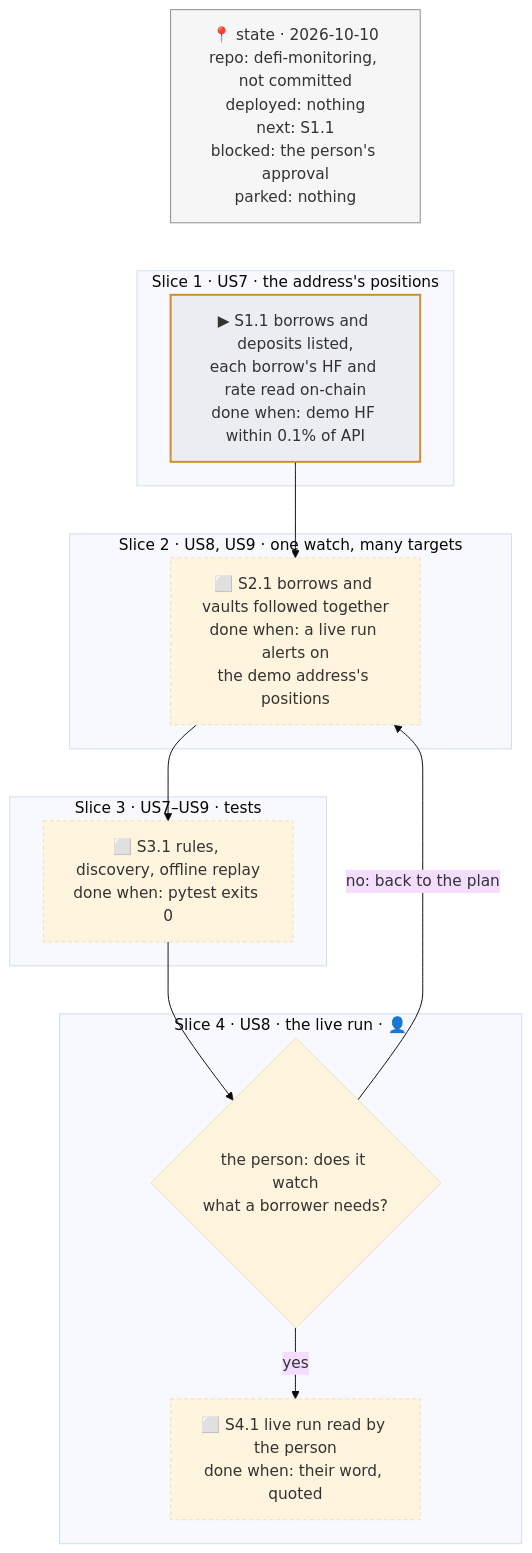
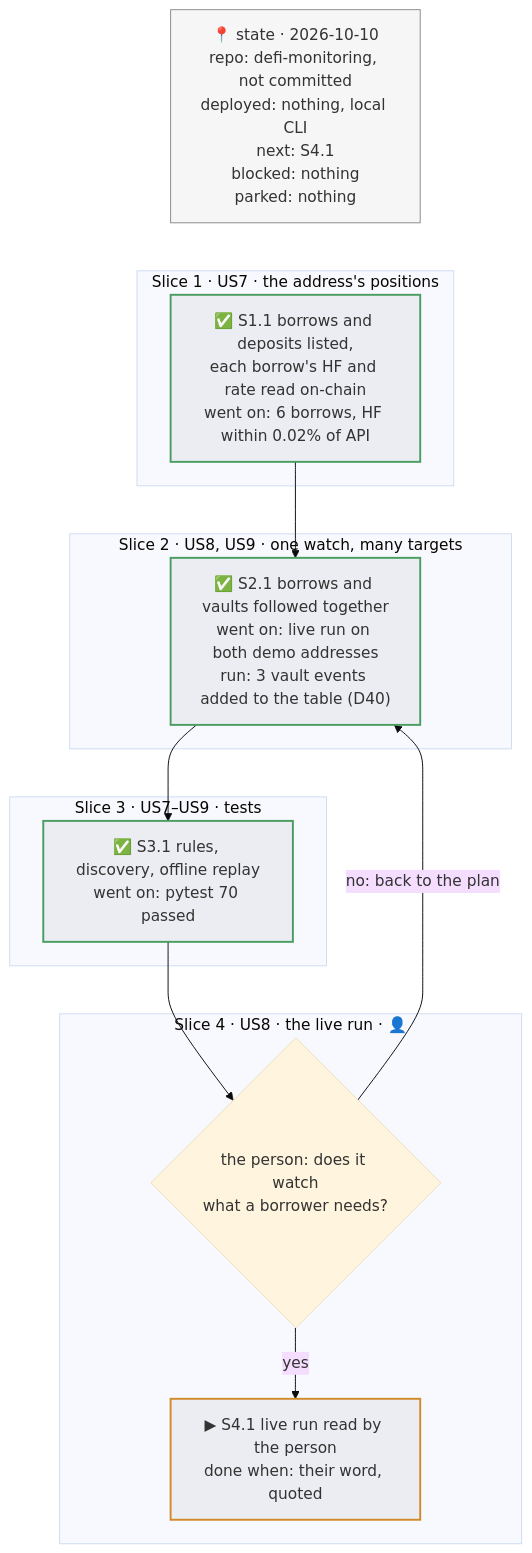
Before and after one commit to rya-sge/defi-monitoring: the first of 3 diagrams in plan/2026-10-10-morpho-user-watcher.plan.md, drawn with Mermaid (base theme). The commit also changed other lines of this file and 74 other files, not shown here.

Commit message:
Add watch --user: find an address's Morpho borrows and Vault V2 deposits and monitor health factor, liquidation, authorisations and borrow rate

````diff
--- a/plan/2026-10-10-morpho-user-watcher.plan.md
+++ b/plan/2026-10-10-morpho-user-watcher.plan.md
@@ -14,35 +14,35 @@
 ```mermaid
 flowchart TB
   %% tracker
-  ST["📍 state · 2026-10-10<br/>repo: defi-monitoring, not committed<br/>deployed: nothing<br/>next: S1.1<br/>blocked: the person's approval<br/>parked: nothing"]
+  ST["📍 state · 2026-10-10<br/>repo: defi-monitoring, not committed<br/>deployed: nothing, local CLI<br/>next: S4.1<br/>blocked: nothing<br/>parked: nothing"]
 
   subgraph SL1["Slice 1 · US7 · the address's positions"]
-    S1.1["▶ S1.1 borrows and deposits listed,<br/>each borrow's HF and rate read on-chain<br/>done when: demo HF within 0.1% of API"]
+    S1.1["✅ S1.1 borrows and deposits listed,<br/>each borrow's HF and rate read on-chain<br/>went on: 6 borrows, HF within 0.02% of API"]
   end
 
   subgraph SL2["Slice 2 · US8, US9 · one watch, many targets"]
-    S2.1["⬜ S2.1 borrows and vaults followed together<br/>done when: a live run alerts on<br/>the demo address's positions"]
+    S2.1["✅ S2.1 borrows and vaults followed together<br/>went on: live run on both demo addresses<br/>run: 3 vault events added to the table (D40)"]
   end
 
   subgraph SL3["Slice 3 · US7–US9 · tests"]
-    S3.1["⬜ S3.1 rules, discovery, offline replay<br/>done when: pytest exits 0"]
+    S3.1["✅ S3.1 rules, discovery, offline replay<br/>went on: pytest 70 passed"]
   end
 
   subgraph SL4["Slice 4 · US8 · the live run · 👤"]
     G4{"the person: does it watch<br/>what a borrower needs?"}
-    S4.1["⬜ S4.1 live run read by the person<br/>done when: their word, quoted"]
+    S4.1["▶ S4.1 live run read by the person<br/>done when: their word, quoted"]
   end
 
   ST ~~~ S1.1
   S1.1 --> S2.1 --> S3.1 --> G4
   G4 -->|"yes"| S4.1
   G4 -->|"no: back to the plan"| S2.1
 
   classDef done stroke:#4a9d5f,stroke-width:2px,fill:#7f7f7f1a
   classDef next stroke:#d08b28,stroke-width:2px,fill:#7f7f7f1a
   classDef todo stroke-dasharray:4 3
   classDef state stroke:#8a8a8a,stroke-width:1px,fill:#7f7f7f12
-  class S1.1 next
-  class S2.1,S3.1,S4.1 todo
+  class S1.1,S2.1,S3.1 done
+  class S4.1 next
   class ST state
 ```
````
